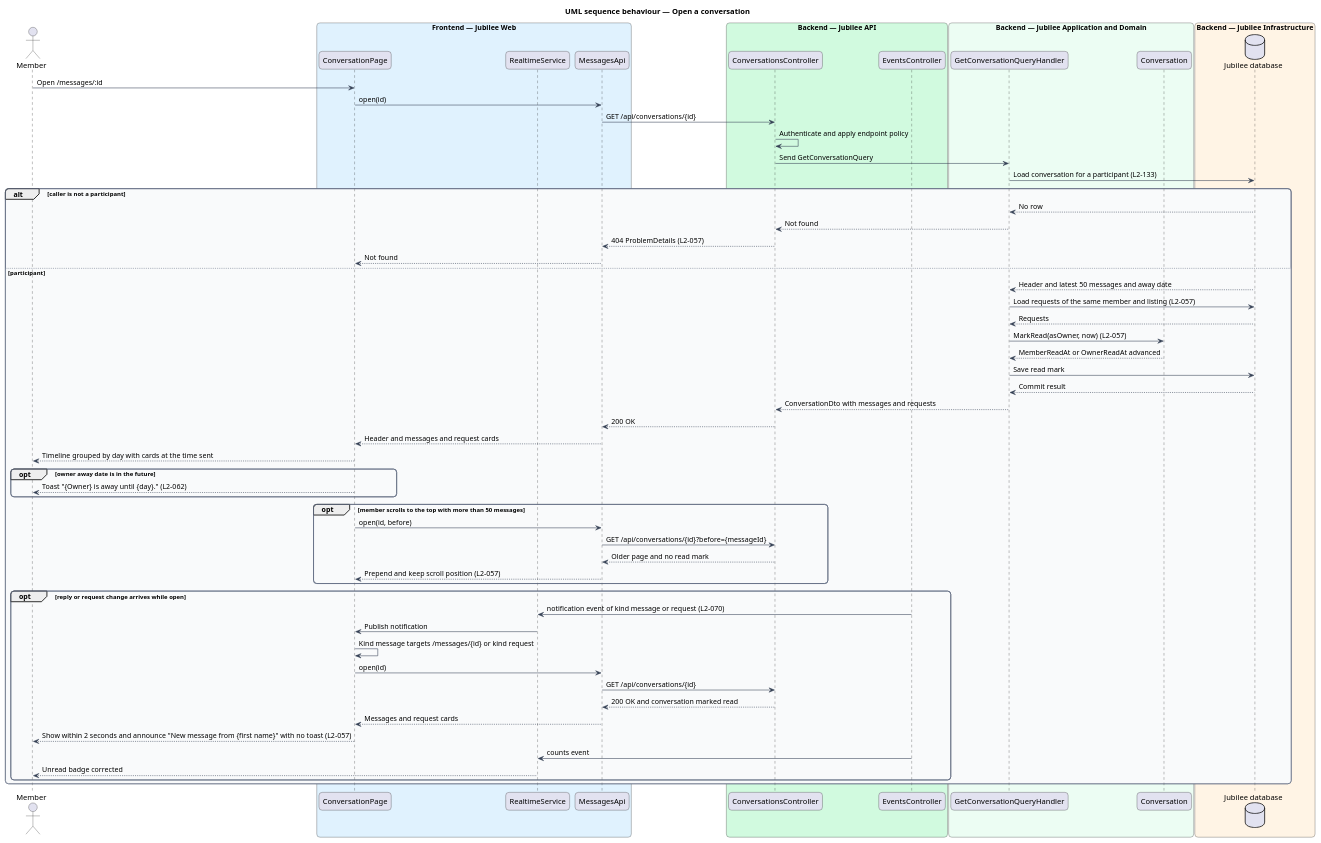
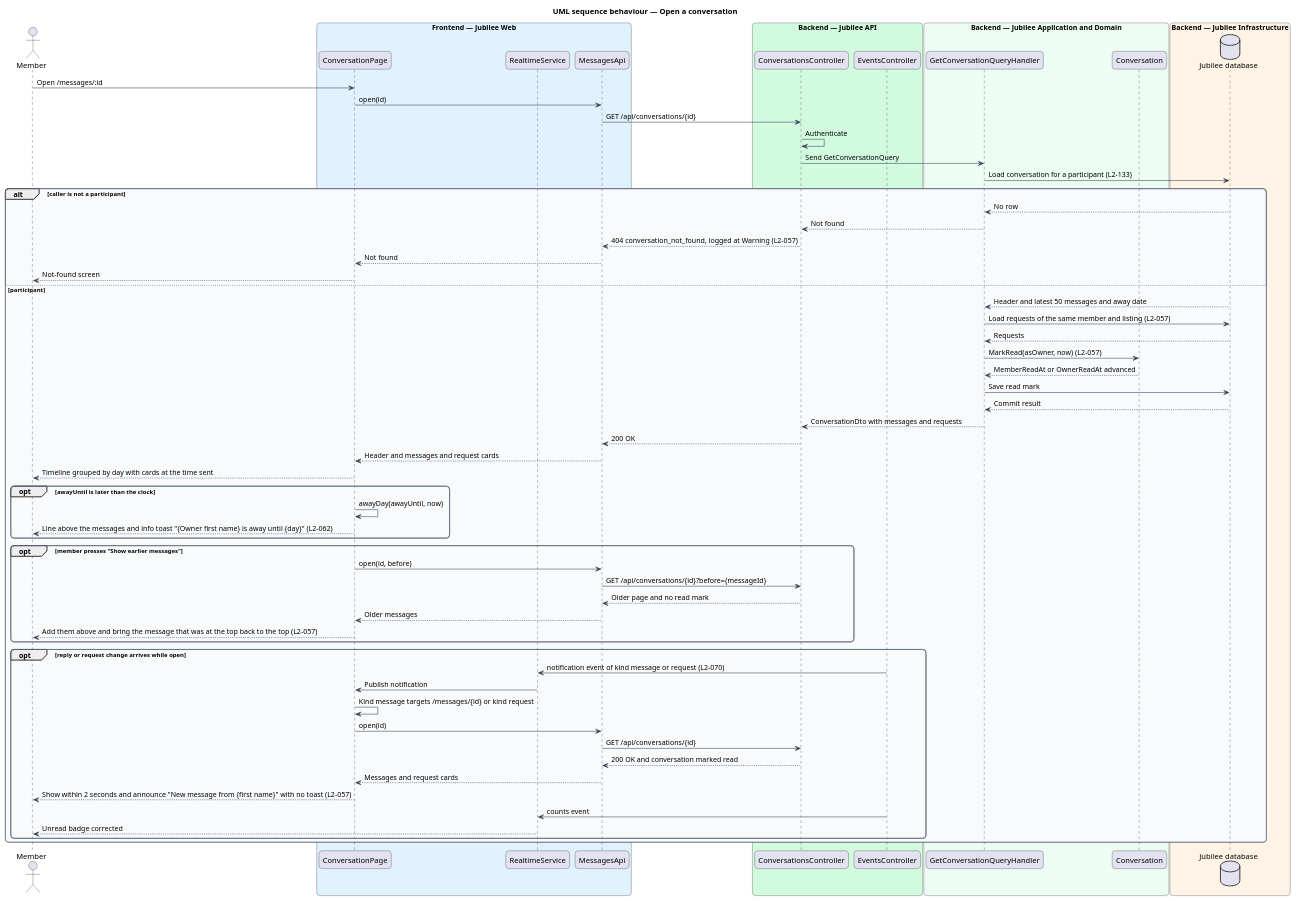
Before and after one commit to QuinntyneBrown/jubilee: the diagram in docs/detailed-designs/messaging/exchange-messages/diagrams/sequence-open-conversation.puml, drawn with PlantUML. The commit also changed 62 other files, not shown here.

Commit message:
Bring the messaging and secure-uploads designs in line with the code and ADR 0050

```diff
--- a/docs/detailed-designs/messaging/exchange-messages/diagrams/sequence-open-conversation.puml
+++ b/docs/detailed-designs/messaging/exchange-messages/diagrams/sequence-open-conversation.puml
@@ -1,79 +1,82 @@
 @startuml
 title UML sequence behaviour — Open a conversation
 skinparam backgroundColor #FFFFFF
 skinparam shadowing false
 skinparam roundcorner 12
 skinparam defaultFontName Arial
 skinparam ArrowColor #344054
 skinparam rectangle {
   BorderColor #344054
   FontColor #101828
 }
 skinparam package {
   BorderColor #667085
   FontColor #101828
   BackgroundColor #F9FAFB
 }
 actor "Member" as member
 box "Frontend — Jubilee Web" #E0F2FE
   participant "ConversationPage" as page
   participant "RealtimeService" as rt
   participant "MessagesApi" as client
 end box
 box "Backend — Jubilee API" #D1FADF
   participant "ConversationsController" as controller
   participant "EventsController" as events
 end box
 box "Backend — Jubilee Application and Domain" #ECFDF3
   participant "GetConversationQueryHandler" as handler
   participant "Conversation" as entity
 end box
 box "Backend — Jubilee Infrastructure" #FFF4E5
   database "Jubilee database" as db
 end box
 member -> page : Open /messages/:id
 page -> client : open(id)
 client -> controller : GET /api/conversations/{id}
-controller -> controller : Authenticate and apply endpoint policy
+controller -> controller : Authenticate
 controller -> handler : Send GetConversationQuery
 handler -> db : Load conversation for a participant (L2-133)
 alt caller is not a participant
   db --> handler : No row
   handler --> controller : Not found
-  controller --> client : 404 ProblemDetails (L2-057)
+  controller --> client : 404 conversation_not_found, logged at Warning (L2-057)
   client --> page : Not found
+  page --> member : Not-found screen
 else participant
   db --> handler : Header and latest 50 messages and away date
   handler -> db : Load requests of the same member and listing (L2-057)
   db --> handler : Requests
   handler -> entity : MarkRead(asOwner, now) (L2-057)
   entity --> handler : MemberReadAt or OwnerReadAt advanced
   handler -> db : Save read mark
   db --> handler : Commit result
   handler --> controller : ConversationDto with messages and requests
   controller --> client : 200 OK
   client --> page : Header and messages and request cards
   page --> member : Timeline grouped by day with cards at the time sent
-  opt owner away date is in the future
-    page --> member : Toast "{Owner} is away until {day}." (L2-062)
+  opt awayUntil is later than the clock
+    page -> page : awayDay(awayUntil, now)
+    page --> member : Line above the messages and info toast "{Owner first name} is away until {day}" (L2-062)
   end
-  opt member scrolls to the top with more than 50 messages
+  opt member presses "Show earlier messages"
     page -> client : open(id, before)
     client -> controller : GET /api/conversations/{id}?before={messageId}
     controller --> client : Older page and no read mark
-    client --> page : Prepend and keep scroll position (L2-057)
+    client --> page : Older messages
+    page --> member : Add them above and bring the message that was at the top back to the top (L2-057)
   end
   opt reply or request change arrives while open
     events -> rt : notification event of kind message or request (L2-070)
     rt -> page : Publish notification
     page -> page : Kind message targets /messages/{id} or kind request
     page -> client : open(id)
     client -> controller : GET /api/conversations/{id}
     controller --> client : 200 OK and conversation marked read
     client --> page : Messages and request cards
     page --> member : Show within 2 seconds and announce "New message from {first name}" with no toast (L2-057)
     events -> rt : counts event
     rt --> member : Unread badge corrected
   end
 end
 @enduml
```
